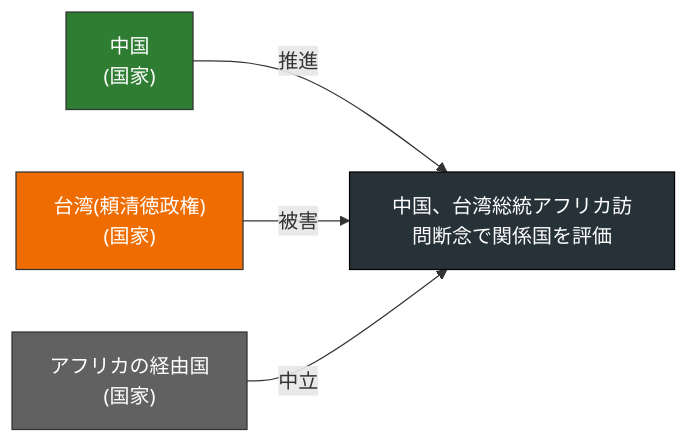
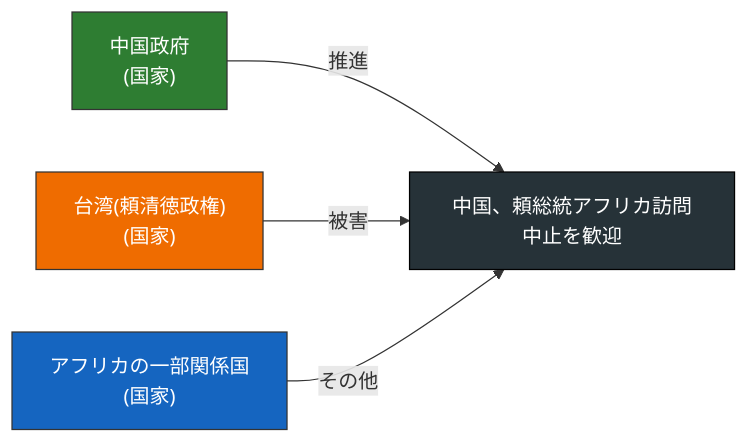
One commit to YUUUyutaro/tiseigaku changed diagram 17 of 20 in docs/reports/2026-04-23.md. Above: the diagram before and after it, drawn with Mermaid. The commit also changed other lines of this file and 3 other files, not shown here.

````diff
--- a/docs/reports/2026-04-23.md
+++ b/docs/reports/2026-04-23.md
@@ -136,14 +347,14 @@
 ```mermaid
 flowchart LR
-  T["中国、台湾総統アフリカ訪問断念で関係国を評価"]
-  A0["中国\n(国家)"]
+  T["中国、頼総統アフリカ訪問中止を歓迎"]
+  A0["中国政府\n(国家)"]
   A0 -- 推進 --> T
   style A0 fill:#2e7d32,color:#fff,stroke:#333
   A1["台湾(頼清徳政権)\n(国家)"]
   A1 -- 被害 --> T
   style A1 fill:#ef6c00,color:#fff,stroke:#333
-  A2["アフリカの経由国\n(国家)"]
-  A2 -- 中立 --> T
-  style A2 fill:#616161,color:#fff,stroke:#333
+  A2["アフリカの一部関係国\n(国家)"]
+  A2 -- その他 --> T
+  style A2 fill:#1565c0,color:#fff,stroke:#333
   style T fill:#263238,color:#fff,stroke:#000
 ```
````
